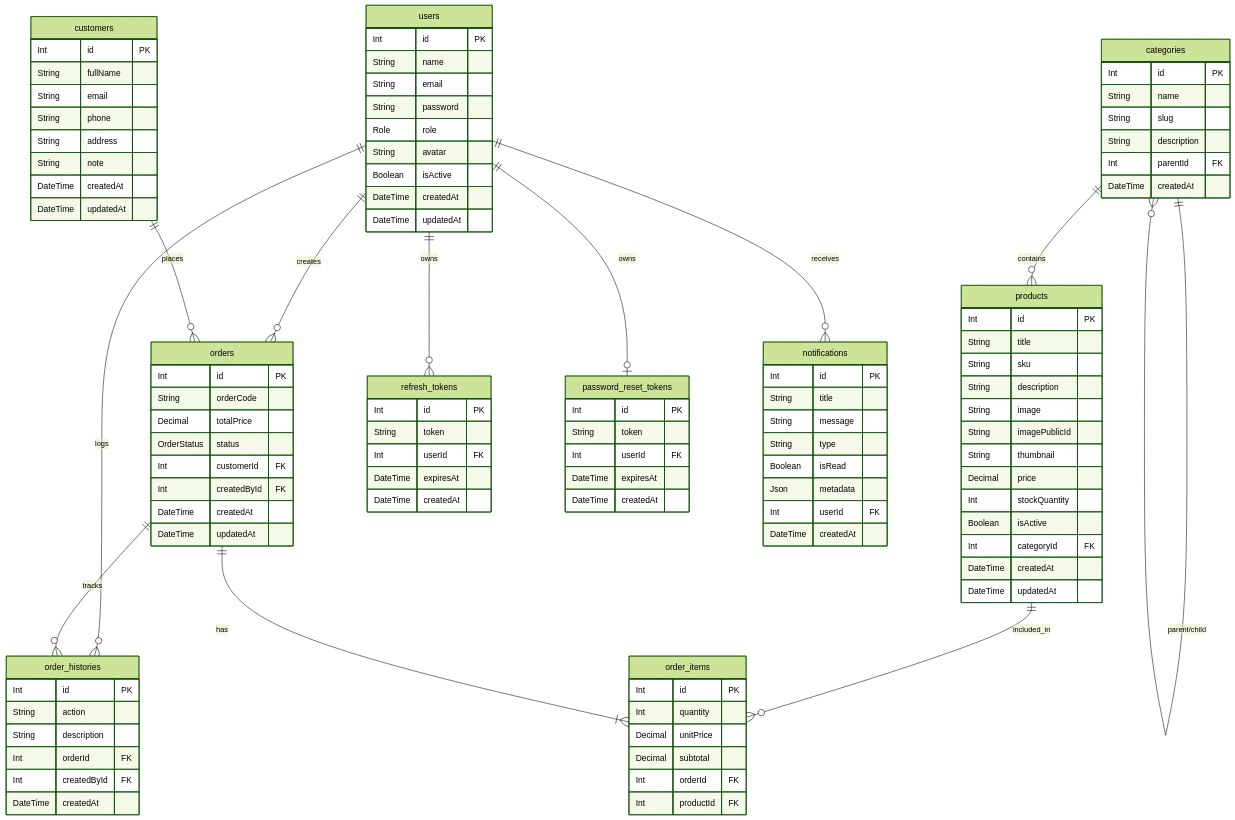
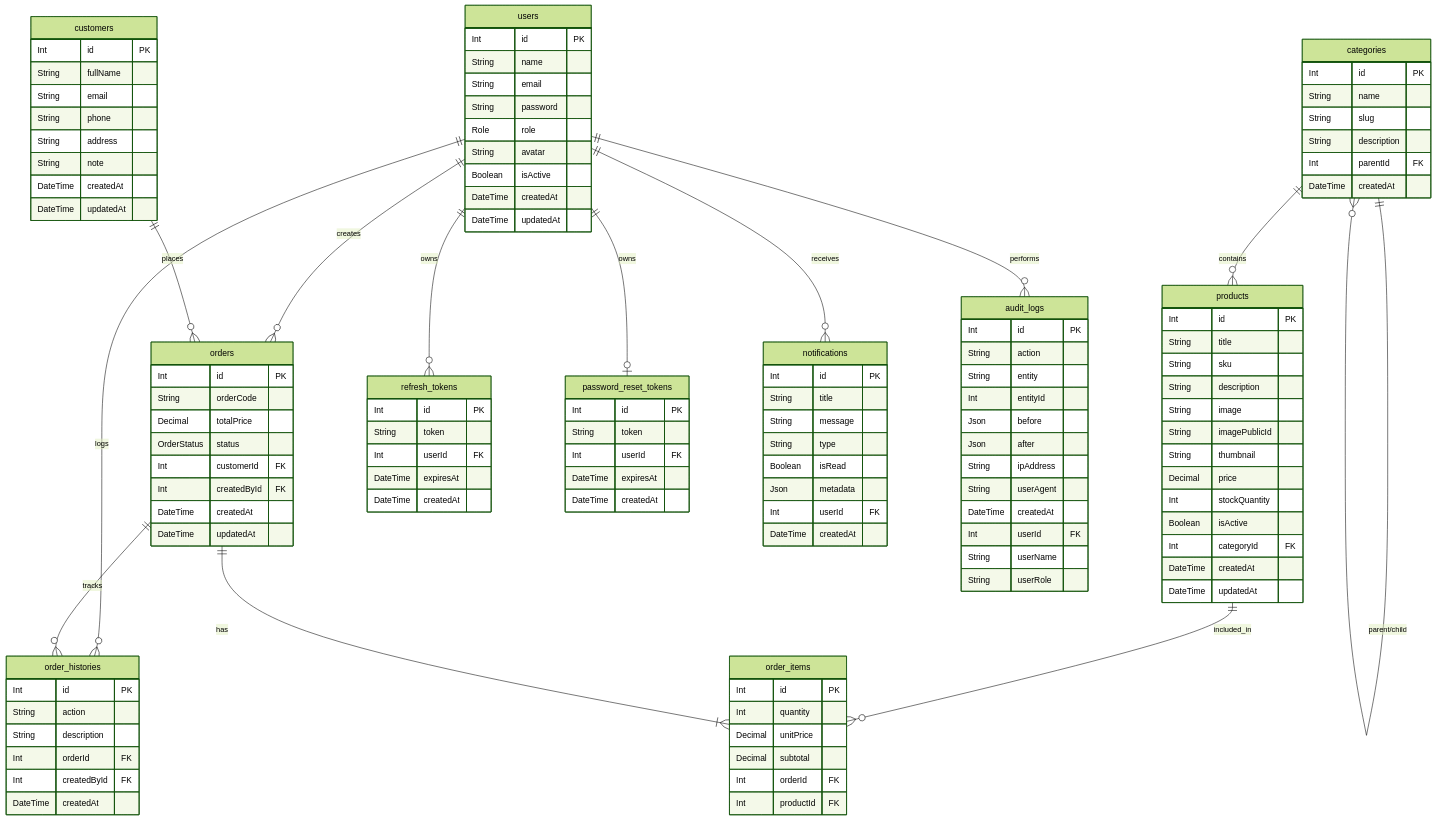
One commit to DatPHP/crm-system-2026 changed the third of 6 diagrams in README.md. Above: the diagram before and after it, drawn with Mermaid (forest theme). The commit also changed other lines of this file, not shown here.

```diff
--- a/README.md
+++ b/README.md
@@ -691,7 +699,23 @@
         DateTime createdAt
     }
 
+    audit_logs {
+        Int id PK
+        String action
+        String entity
+        Int entityId
+        Json before
+        Json after
+        String ipAddress
+        String userAgent
+        DateTime createdAt
+        Int userId FK
+        String userName
+        String userRole
+    }
+
     users ||--o{ orders : "creates"
+    users ||--o{ audit_logs : "performs"
     users ||--o{ order_histories : "logs"
     users ||--o{ refresh_tokens : "owns"
     users ||--o| password_reset_tokens : "owns"
```
